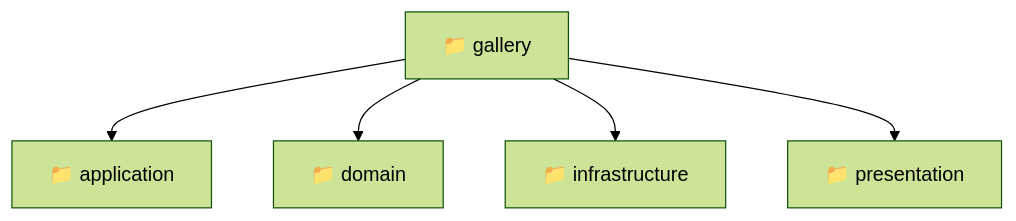
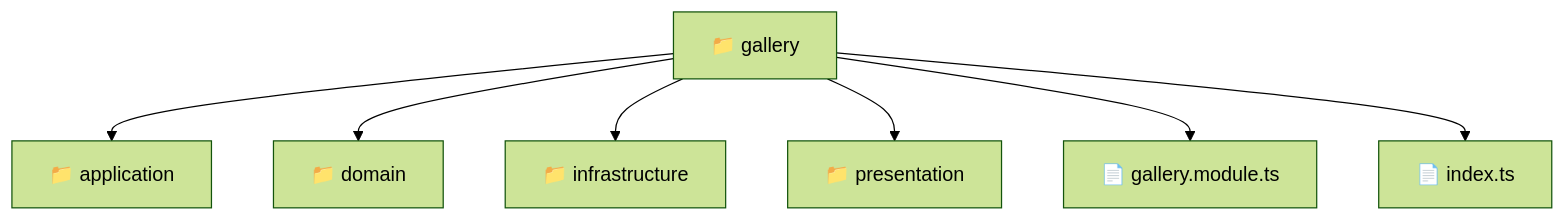
Before and after one commit to beginwebdev2002/fullstack-mavluda: the diagram in backend/src/modules/gallery/README.md, drawn with Mermaid (forest theme). The commit also changed other lines of this file and 165 other files, not shown here.

First line of the commit message:
docs: generate localized architectural READMEs

````diff
--- a/backend/src/modules/gallery/README.md
+++ b/backend/src/modules/gallery/README.md
@@ -10,8 +9,10 @@
 ```mermaid
 graph TD
-  Root["📁 gallery"]
-  Root --> application["📁 application"]
-  Root --> domain["📁 domain"]
-  Root --> infrastructure["📁 infrastructure"]
-  Root --> presentation["📁 presentation"]
+  gallery["📁 gallery"]
+  gallery --> application["📁 application"]
+  gallery --> domain["📁 domain"]
+  gallery --> infrastructure["📁 infrastructure"]
+  gallery --> presentation["📁 presentation"]
+  gallery --> gallery_module_ts["📄 gallery.module.ts"]
+  gallery --> index_ts["📄 index.ts"]
 ```
````
